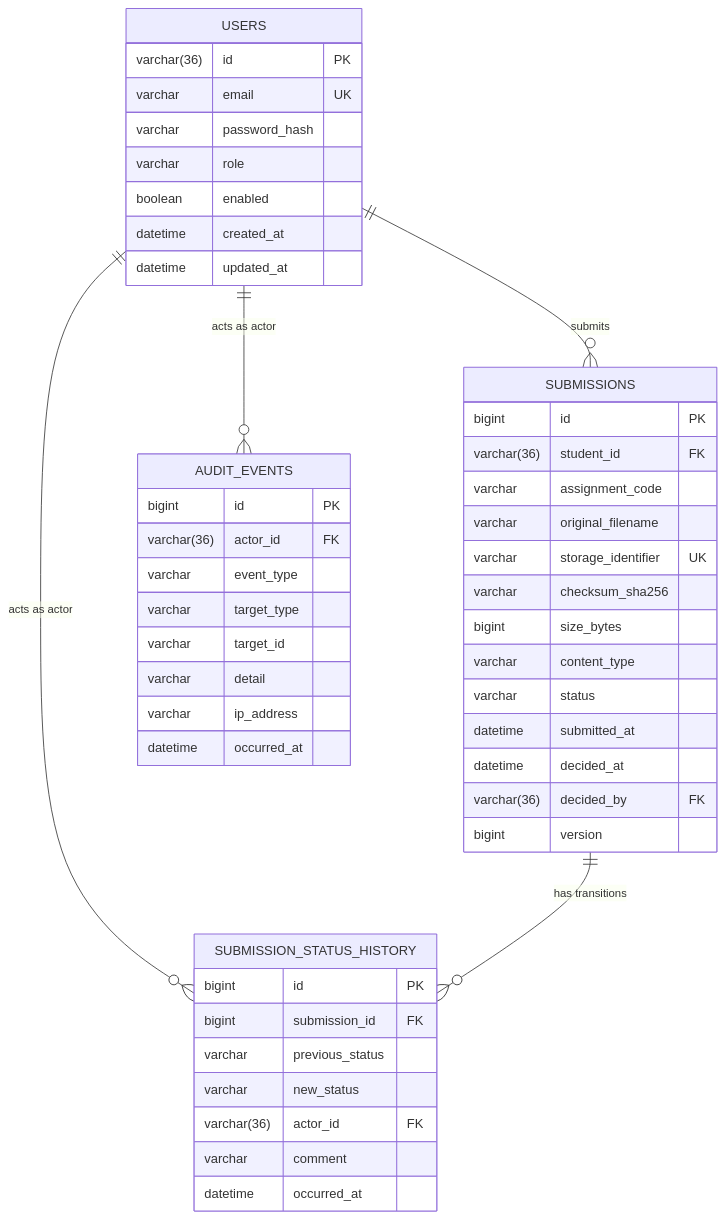
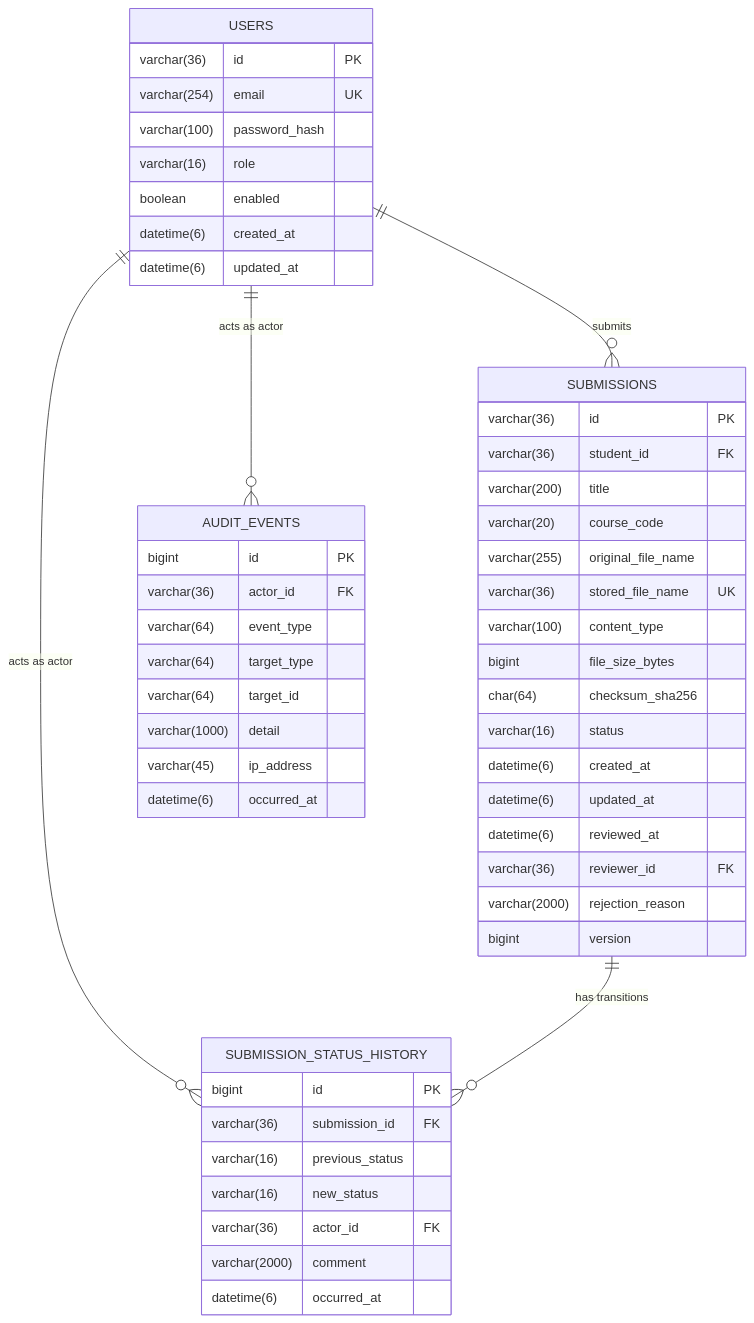
One commit to Ayush-Gole8/online-assignment-portal changed the first of 2 diagrams in docs/architecture/data-model.md. Above: the diagram before and after it, drawn with Mermaid. The commit also changed other lines of this file and 46 other files, not shown here.

````diff
--- a/docs/architecture/data-model.md
+++ b/docs/architecture/data-model.md
@@ -26,54 +36,57 @@
 ```mermaid
 erDiagram
     USERS ||--o{ SUBMISSIONS : "submits"
     USERS ||--o{ SUBMISSION_STATUS_HISTORY : "acts as actor"
     SUBMISSIONS ||--o{ SUBMISSION_STATUS_HISTORY : "has transitions"
     USERS ||--o{ AUDIT_EVENTS : "acts as actor"
 
     USERS {
         varchar(36) id PK
-        varchar email UK
-        varchar password_hash
-        varchar role
+        varchar(254) email UK
+        varchar(100) password_hash
+        varchar(16) role
         boolean enabled
-        datetime created_at
-        datetime updated_at
+        datetime(6) created_at
+        datetime(6) updated_at
     }
 
     SUBMISSIONS {
-        bigint id PK
+        varchar(36) id PK
         varchar(36) student_id FK
-        varchar assignment_code
-        varchar original_filename
-        varchar storage_identifier UK
-        varchar checksum_sha256
-        bigint size_bytes
-        varchar content_type
-        varchar status
-        datetime submitted_at
-        datetime decided_at
-        varchar(36) decided_by FK
+        varchar(200) title
+        varchar(20) course_code
+        varchar(255) original_file_name
+        varchar(36) stored_file_name UK
+        varchar(100) content_type
+        bigint file_size_bytes
+        char(64) checksum_sha256
+        varchar(16) status
+        datetime(6) created_at
+        datetime(6) updated_at
+        datetime(6) reviewed_at
+        varchar(36) reviewer_id FK
+        varchar(2000) rejection_reason
         bigint version
     }
 
     SUBMISSION_STATUS_HISTORY {
         bigint id PK
-        bigint submission_id FK
-        varchar previous_status
-        varchar new_status
+        varchar(36) submission_id FK
+        varchar(16) previous_status
+        varchar(16) new_status
         varchar(36) actor_id FK
-        varchar comment
-        datetime occurred_at
+        varchar(2000) comment
+        datetime(6) occurred_at
     }
 
     AUDIT_EVENTS {
         bigint id PK
         varchar(36) actor_id FK
-        varchar event_type
-        varchar target_type
-        varchar target_id
-        varchar detail
-        varchar ip_address
-        datetime occurred_at
+        varchar(64) event_type
+        varchar(64) target_type
+        varchar(64) target_id
+        varchar(1000) detail
+        varchar(45) ip_address
+        datetime(6) occurred_at
     }
 ```
````
